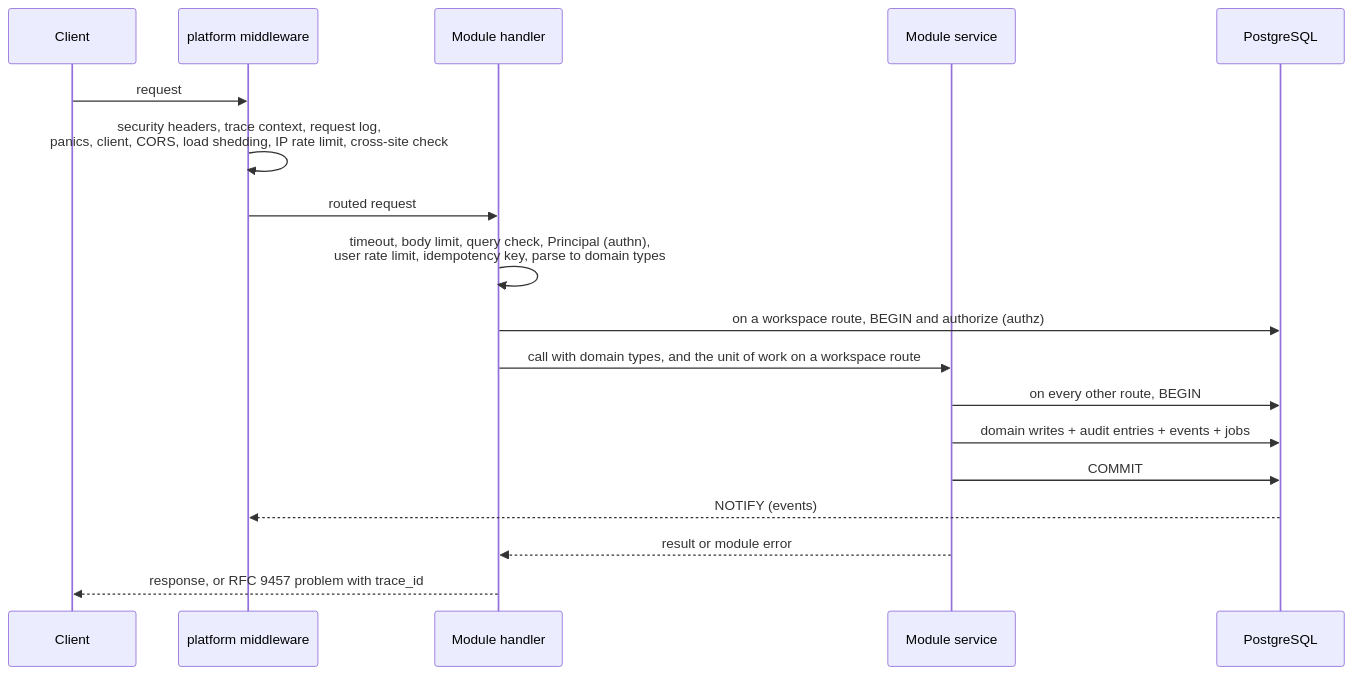
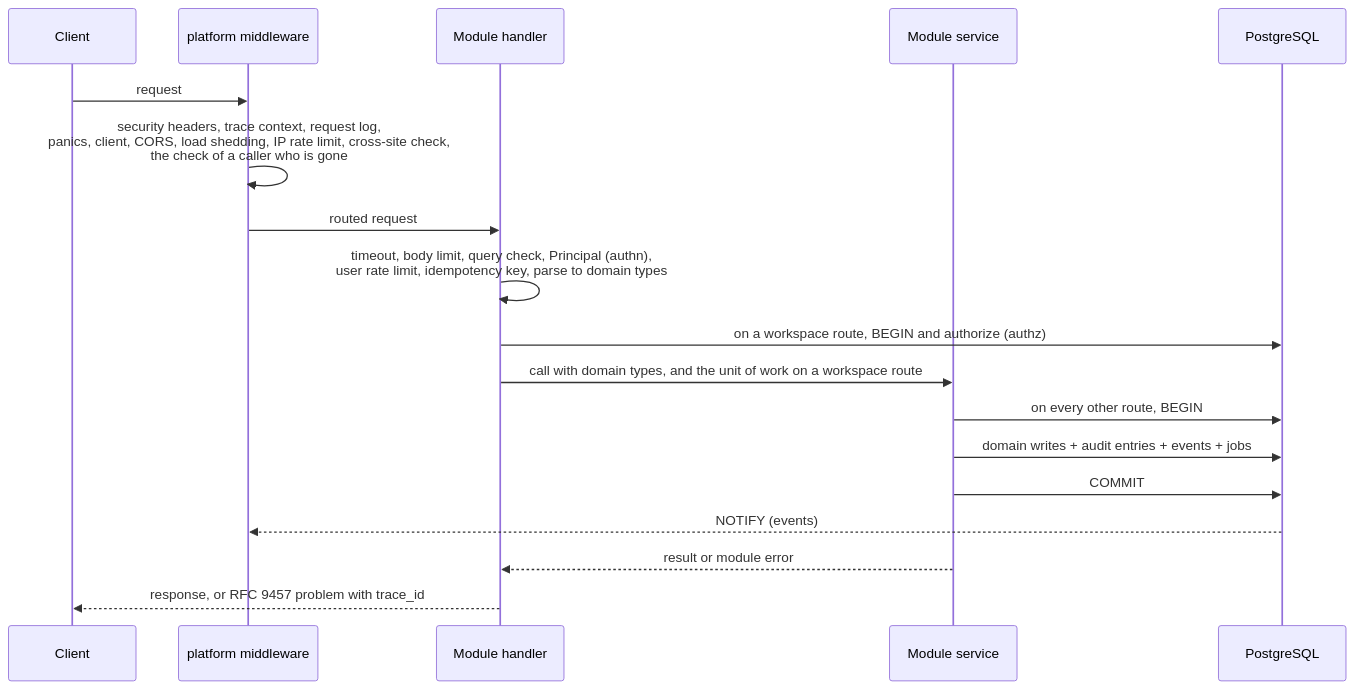
Before and after one commit to Grebyn35/AntWorker-API-Rust: the third of 3 diagrams in docs/architecture.md, drawn with Mermaid. The commit also changed other lines of this file, not shown here.

````diff
--- a/docs/architecture.md
+++ b/docs/architecture.md
@@ -258,20 +262,20 @@
 ```mermaid
 sequenceDiagram
   participant C as Client
   participant P as platform middleware
   participant H as Module handler
   participant S as Module service
   participant DB as PostgreSQL
   C->>P: request
-  P->>P: security headers, trace context, request log,<br/>panics, client, CORS, load shedding, IP rate limit, cross-site check
+  P->>P: security headers, trace context, request log,<br/>panics, client, CORS, load shedding, IP rate limit, cross-site check,<br/>the check of a caller who is gone
   P->>H: routed request
   H->>H: timeout, body limit, query check, Principal (authn),<br/>user rate limit, idempotency key, parse to domain types
   H->>DB: on a workspace route, BEGIN and authorize (authz)
   H->>S: call with domain types, and the unit of work on a workspace route
   S->>DB: on every other route, BEGIN
   S->>DB: domain writes + audit entries + events + jobs
   S->>DB: COMMIT
   DB-->>P: NOTIFY (events)
   S-->>H: result or module error
   H-->>C: response, or RFC 9457 problem with trace_id
 ```
````
